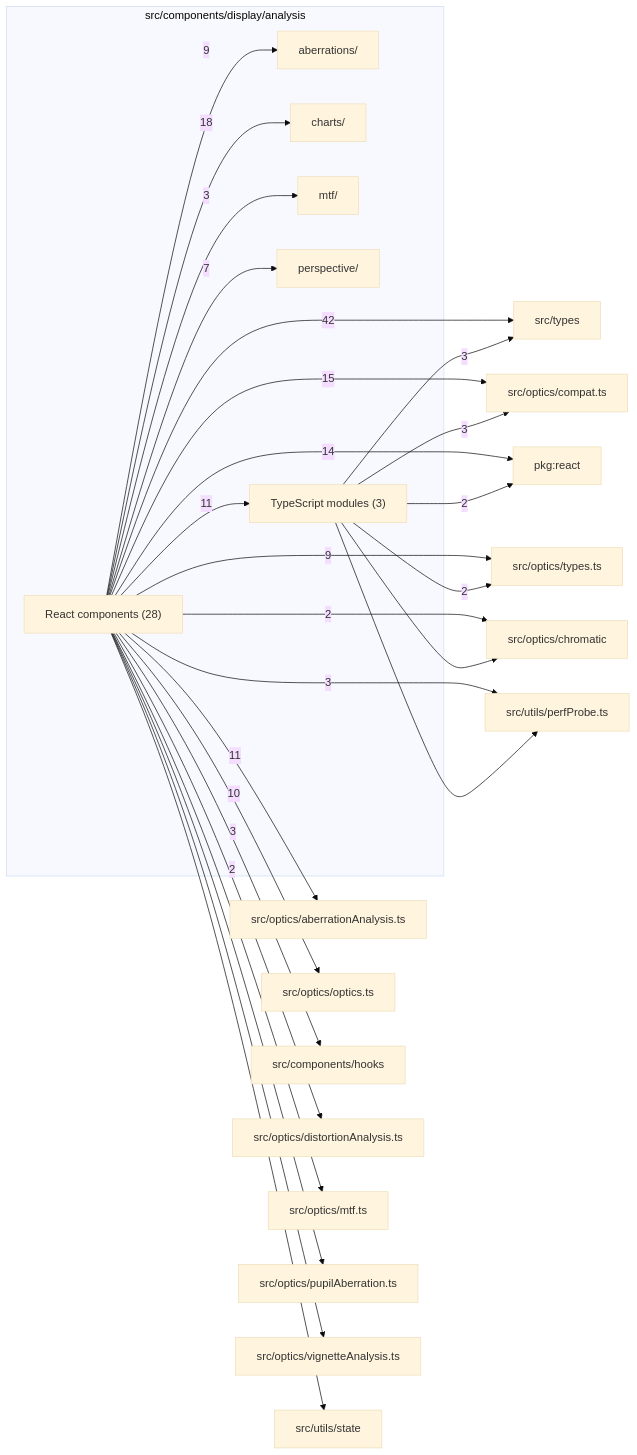
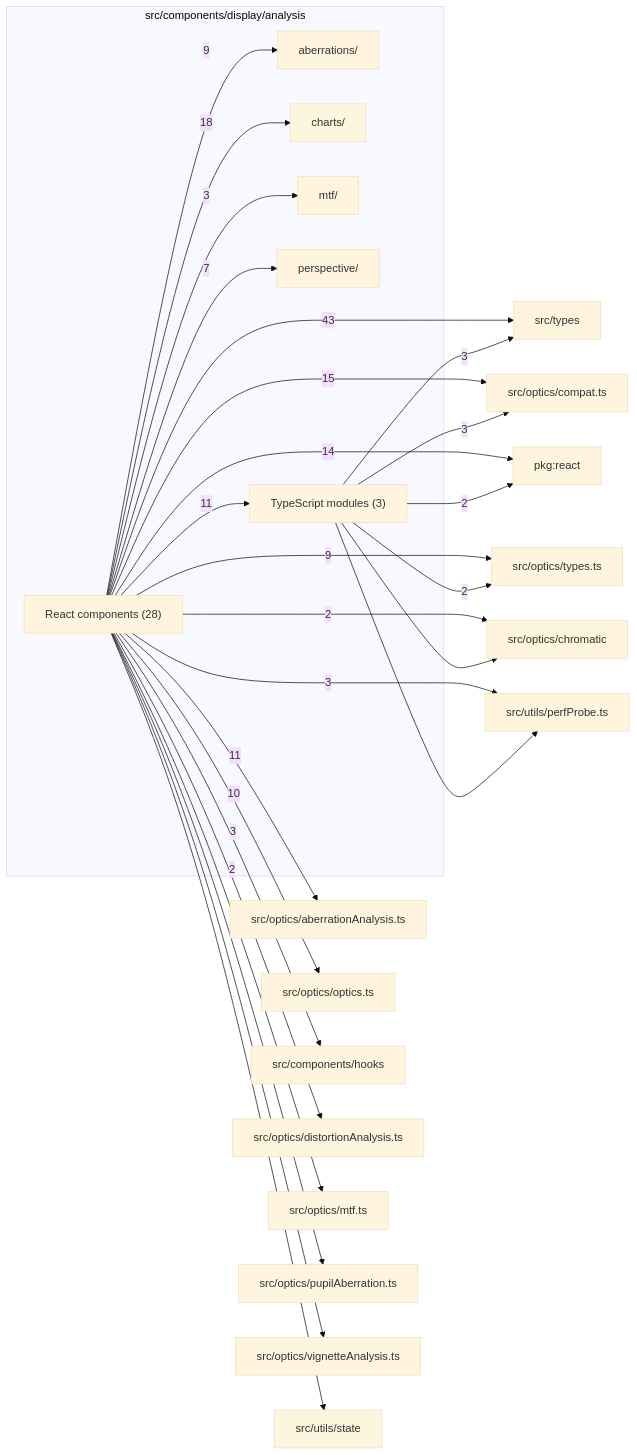
Before and after one commit to BeamFour/LensVisualizer: the diagram in src/components/display/analysis/readme.md, drawn with Mermaid (base theme). The commit also changed other lines of this file and 103 other files, not shown here.

````diff
--- a/src/components/display/analysis/readme.md
+++ b/src/components/display/analysis/readme.md
@@ -9,50 +9,50 @@
 ```mermaid
 flowchart LR
   subgraph n_src_components_display_analysis["src/components/display/analysis"]
     n_src_components_display_analysis_src_components_display_analysis_aberrations["aberrations/"]
     n_src_components_display_analysis_src_components_display_analysis_charts["charts/"]
     n_src_components_display_analysis_src_components_display_analysis_mtf["mtf/"]
     n_src_components_display_analysis_src_components_display_analysis_perspective["perspective/"]
     n_src_components_display_analysis_React_components["React components (28)"]
     n_src_components_display_analysis_TypeScript_modules["TypeScript modules (3)"]
   end
   n_external_src_types["src/types"]
   n_external_src_optics_compat_ts["src/optics/compat.ts"]
   n_external_pkg_react["pkg:react"]
   n_external_src_optics_aberrationAnalysis_ts["src/optics/aberrationAnalysis.ts"]
   n_external_src_optics_optics_ts["src/optics/optics.ts"]
   n_external_src_optics_types_ts["src/optics/types.ts"]
   n_external_src_components_hooks["src/components/hooks"]
   n_external_src_utils_perfProbe_ts["src/utils/perfProbe.ts"]
   n_external_src_optics_chromatic["src/optics/chromatic"]
   n_external_src_optics_distortionAnalysis_ts["src/optics/distortionAnalysis.ts"]
   n_external_src_optics_mtf_ts["src/optics/mtf.ts"]
   n_external_src_optics_pupilAberration_ts["src/optics/pupilAberration.ts"]
   n_external_src_optics_vignetteAnalysis_ts["src/optics/vignetteAnalysis.ts"]
   n_external_src_utils_state["src/utils/state"]
-  n_src_components_display_analysis_React_components --> |42| n_external_src_types
+  n_src_components_display_analysis_React_components --> |43| n_external_src_types
   n_src_components_display_analysis_React_components --> |18| n_src_components_display_analysis_src_components_display_analysis_charts
   n_src_components_display_analysis_React_components --> |15| n_external_src_optics_compat_ts
   n_src_components_display_analysis_React_components --> |14| n_external_pkg_react
   n_src_components_display_analysis_React_components --> |11| n_external_src_optics_aberrationAnalysis_ts
   n_src_components_display_analysis_React_components --> |11| n_src_components_display_analysis_TypeScript_modules
   n_src_components_display_analysis_React_components --> |10| n_external_src_optics_optics_ts
   n_src_components_display_analysis_React_components --> |9| n_external_src_optics_types_ts
   n_src_components_display_analysis_React_components --> |9| n_src_components_display_analysis_src_components_display_analysis_aberrations
   n_src_components_display_analysis_React_components --> |7| n_src_components_display_analysis_src_components_display_analysis_perspective
   n_src_components_display_analysis_React_components --> |3| n_external_src_components_hooks
   n_src_components_display_analysis_TypeScript_modules --> |3| n_external_src_optics_compat_ts
   n_src_components_display_analysis_TypeScript_modules --> |3| n_external_src_types
   n_src_components_display_analysis_React_components --> |3| n_external_src_utils_perfProbe_ts
   n_src_components_display_analysis_React_components --> |3| n_src_components_display_analysis_src_components_display_analysis_mtf
   n_src_components_display_analysis_TypeScript_modules --> |2| n_external_pkg_react
   n_src_components_display_analysis_React_components --> |2| n_external_src_optics_chromatic
   n_src_components_display_analysis_React_components --> |2| n_external_src_optics_distortionAnalysis_ts
   n_src_components_display_analysis_TypeScript_modules --> |2| n_external_src_optics_types_ts
   n_src_components_display_analysis_TypeScript_modules --> n_external_src_optics_chromatic
   n_src_components_display_analysis_React_components --> n_external_src_optics_mtf_ts
   n_src_components_display_analysis_React_components --> n_external_src_optics_pupilAberration_ts
   n_src_components_display_analysis_React_components --> n_external_src_optics_vignetteAnalysis_ts
   n_src_components_display_analysis_TypeScript_modules --> n_external_src_utils_perfProbe_ts
   n_src_components_display_analysis_React_components --> n_external_src_utils_state
 ```
````
